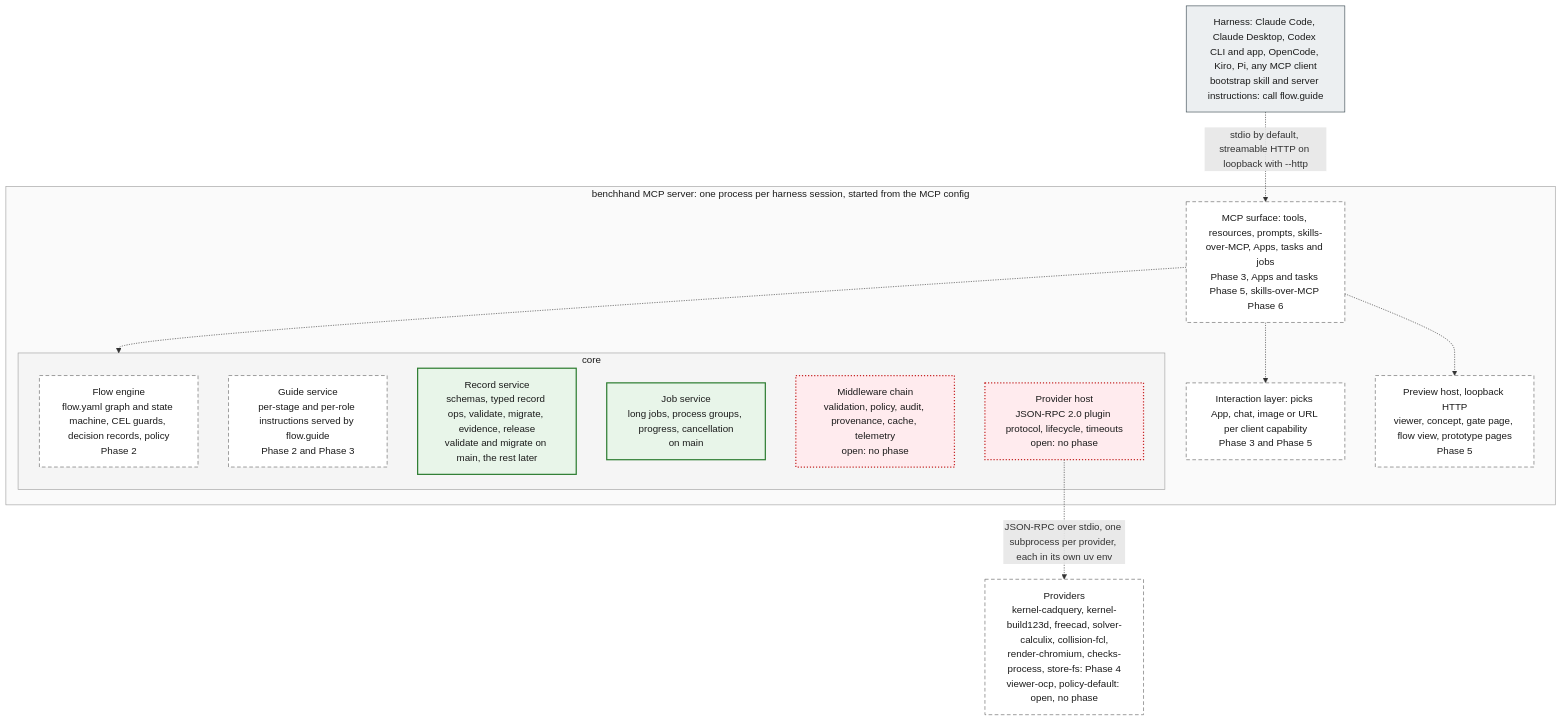
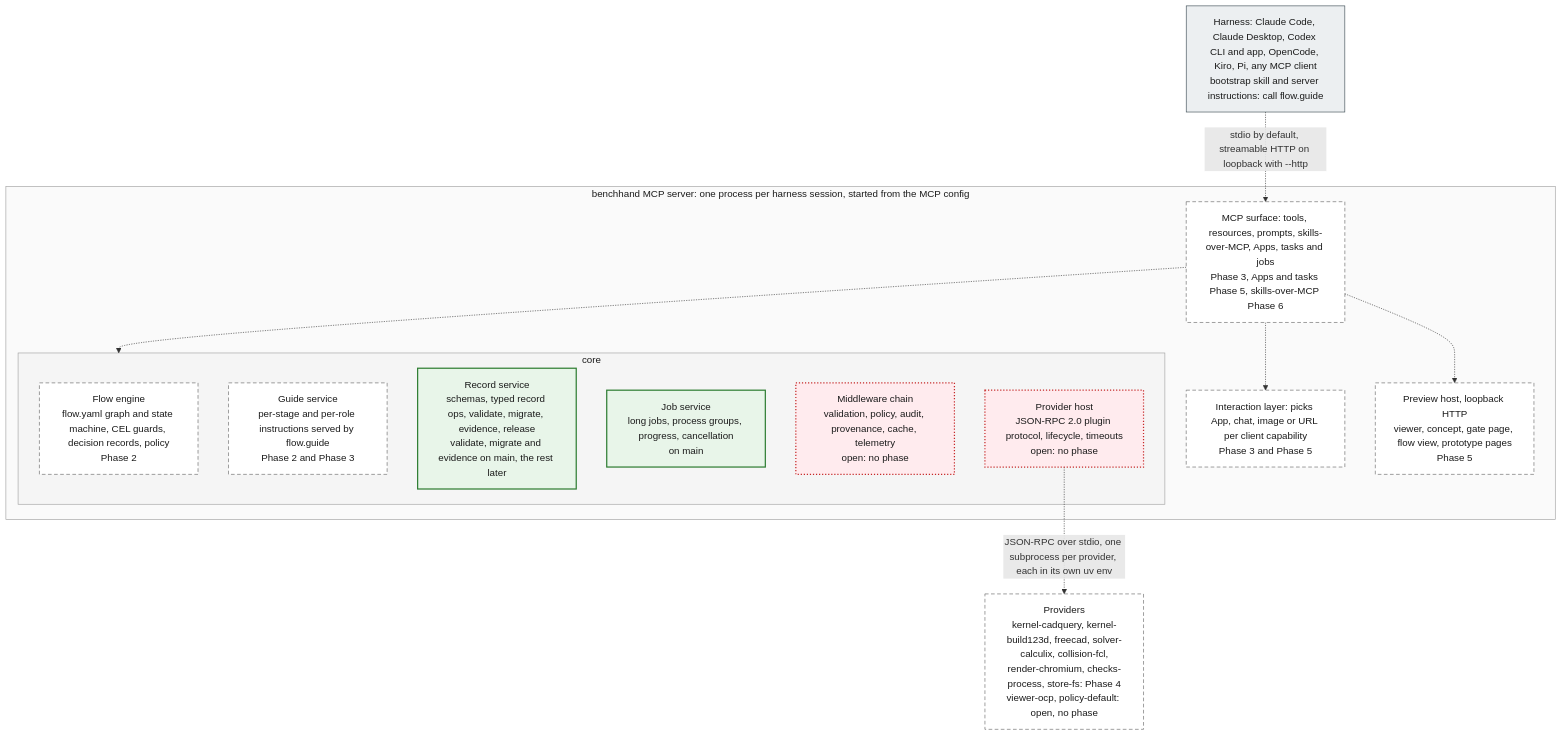
Before and after one commit to benchhand/benchhand-next: the first of 3 diagrams in docs/architecture/layers.md, drawn with Mermaid. The commit also changed other lines of this file and 3 other files, not shown here.

Commit message:
docs(architecture): evidence is on main at 71c1a54; draw it solid and cite its paths on main

````diff
--- a/docs/architecture/layers.md
+++ b/docs/architecture/layers.md
@@ -8,36 +8,36 @@
 ```mermaid
 flowchart TB
   harness["Harness: Claude Code, Claude Desktop, Codex CLI and app, OpenCode, Kiro, Pi, any MCP client<br/>bootstrap skill and server instructions: call flow.guide"]:::ext
 
   subgraph server["benchhand MCP server: one process per harness session, started from the MCP config"]
     surface["MCP surface: tools, resources, prompts, skills-over-MCP, Apps, tasks and jobs<br/>Phase 3, Apps and tasks Phase 5, skills-over-MCP Phase 6"]:::planned
     interaction["Interaction layer: picks App, chat, image or URL per client capability<br/>Phase 3 and Phase 5"]:::planned
     preview["Preview host, loopback HTTP<br/>viewer, concept, gate page, flow view, prototype pages<br/>Phase 5"]:::planned
     subgraph core["core"]
       flowEngine["Flow engine<br/>flow.yaml graph and state machine, CEL guards, decision records, policy<br/>Phase 2"]:::planned
       guide["Guide service<br/>per-stage and per-role instructions served by flow.guide<br/>Phase 2 and Phase 3"]:::planned
-      record["Record service<br/>schemas, typed record ops, validate, migrate, evidence, release<br/>validate and migrate on main, the rest later"]:::impl
+      record["Record service<br/>schemas, typed record ops, validate, migrate, evidence, release<br/>validate, migrate and evidence on main, the rest later"]:::impl
       jobs["Job service<br/>long jobs, process groups, progress, cancellation<br/>on main"]:::impl
       middleware["Middleware chain<br/>validation, policy, audit, provenance, cache, telemetry<br/>open: no phase"]:::open
       providerHost["Provider host<br/>JSON-RPC 2.0 plugin protocol, lifecycle, timeouts<br/>open: no phase"]:::open
     end
   end
 
   providers["Providers<br/>kernel-cadquery, kernel-build123d, freecad, solver-calculix, collision-fcl,<br/>render-chromium, checks-process, store-fs: Phase 4<br/>viewer-ocp, policy-default: open, no phase"]:::planned
 
   harness -.->|"stdio by default, streamable HTTP on loopback with --http"| surface
   surface -.-> interaction
   surface -.-> preview
   surface -.-> core
   providerHost -.->|"JSON-RPC over stdio, one subprocess per provider, each in its own uv env"| providers
 
   style server fill:#fafafa,stroke:#9e9e9e,color:#1b1b1b
   style core fill:#f5f5f5,stroke:#9e9e9e,color:#1b1b1b
 
   classDef impl fill:#e8f5e9,stroke:#2e7d32,stroke-width:2px,color:#1b1b1b
   classDef review fill:#fff3e0,stroke:#e65100,stroke-width:2px,stroke-dasharray:6 4,color:#1b1b1b
   classDef planned fill:#ffffff,stroke:#616161,stroke-width:1px,stroke-dasharray:6 4,color:#1b1b1b
   classDef open fill:#ffebee,stroke:#c62828,stroke-width:2px,stroke-dasharray:2 3,color:#1b1b1b
   classDef ext fill:#eceff1,stroke:#37474f,stroke-width:1px,color:#1b1b1b
   classDef person fill:#e3f2fd,stroke:#1565c0,stroke-width:2px,color:#1b1b1b
 ```
````
